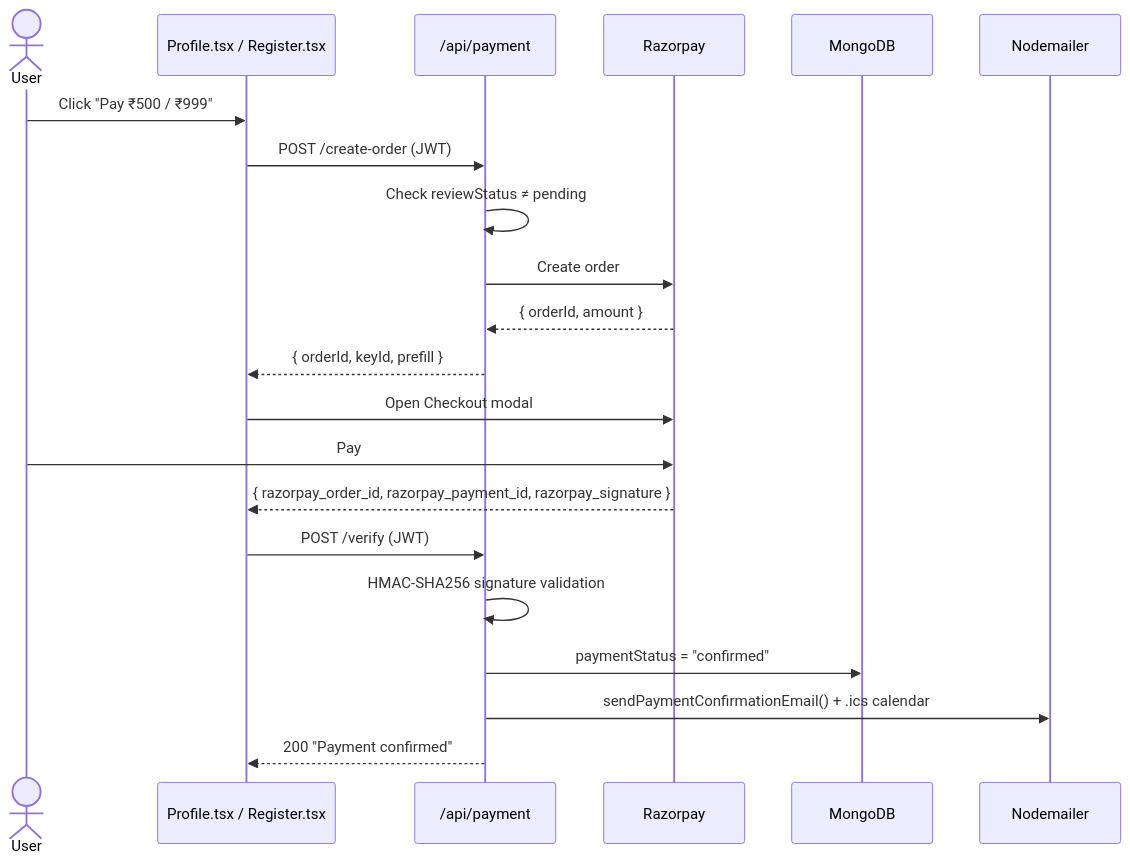
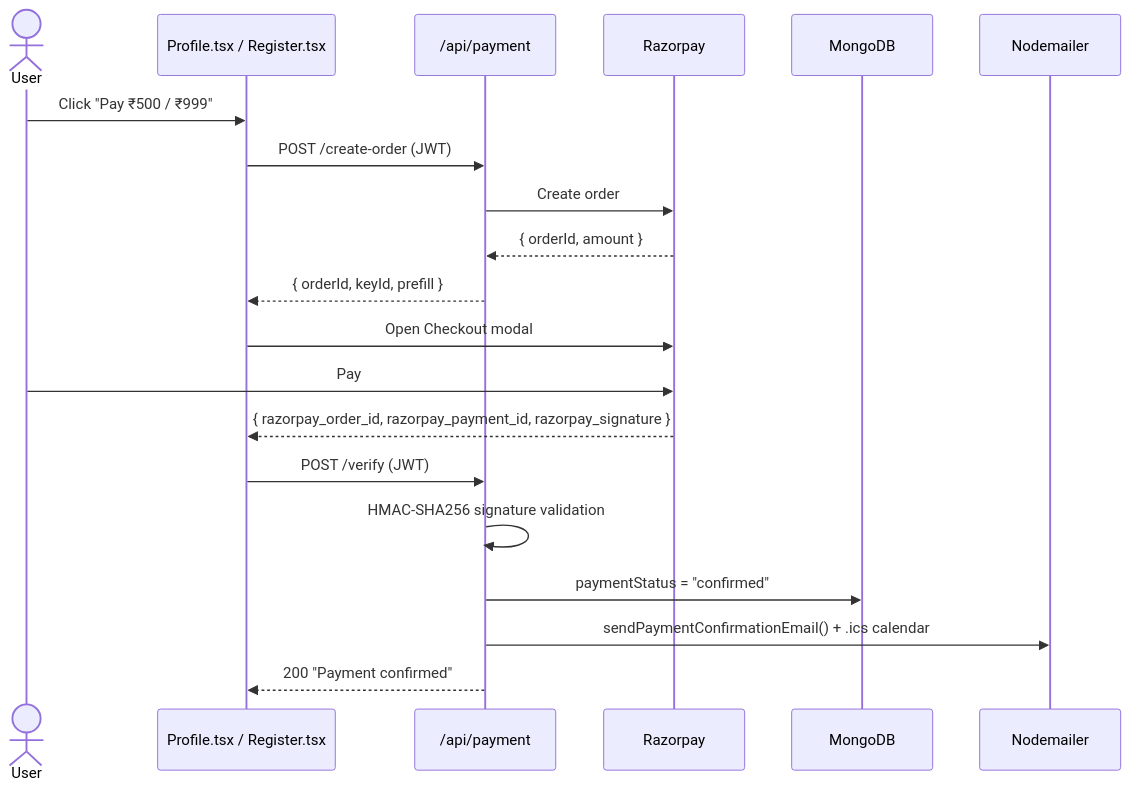
The third of 3 diagrams in README.md (akshayaav246-collab/LeadwithAI), drawn with Mermaid before and after one commit. The commit also changed other lines of this file and 30 other files, not shown here.

````diff
--- a/README.md
+++ b/README.md
@@ -264,26 +232,25 @@
 ```mermaid
 sequenceDiagram
     actor User
     participant FE as Profile.tsx / Register.tsx
     participant BE as /api/payment
     participant RZP as Razorpay
     participant DB as MongoDB
     participant Mail as Nodemailer
 
     User->>FE: Click "Pay ₹500 / ₹999"
     FE->>BE: POST /create-order (JWT)
-    BE->>BE: Check reviewStatus ≠ pending
     BE->>RZP: Create order
     RZP-->>BE: { orderId, amount }
     BE-->>FE: { orderId, keyId, prefill }
 
     FE->>RZP: Open Checkout modal
     User->>RZP: Pay
     RZP-->>FE: { razorpay_order_id, razorpay_payment_id, razorpay_signature }
 
     FE->>BE: POST /verify (JWT)
     BE->>BE: HMAC-SHA256 signature validation
     BE->>DB: paymentStatus = "confirmed"
     BE->>Mail: sendPaymentConfirmationEmail() + .ics calendar
     BE-->>FE: 200 "Payment confirmed"
 ```
````
